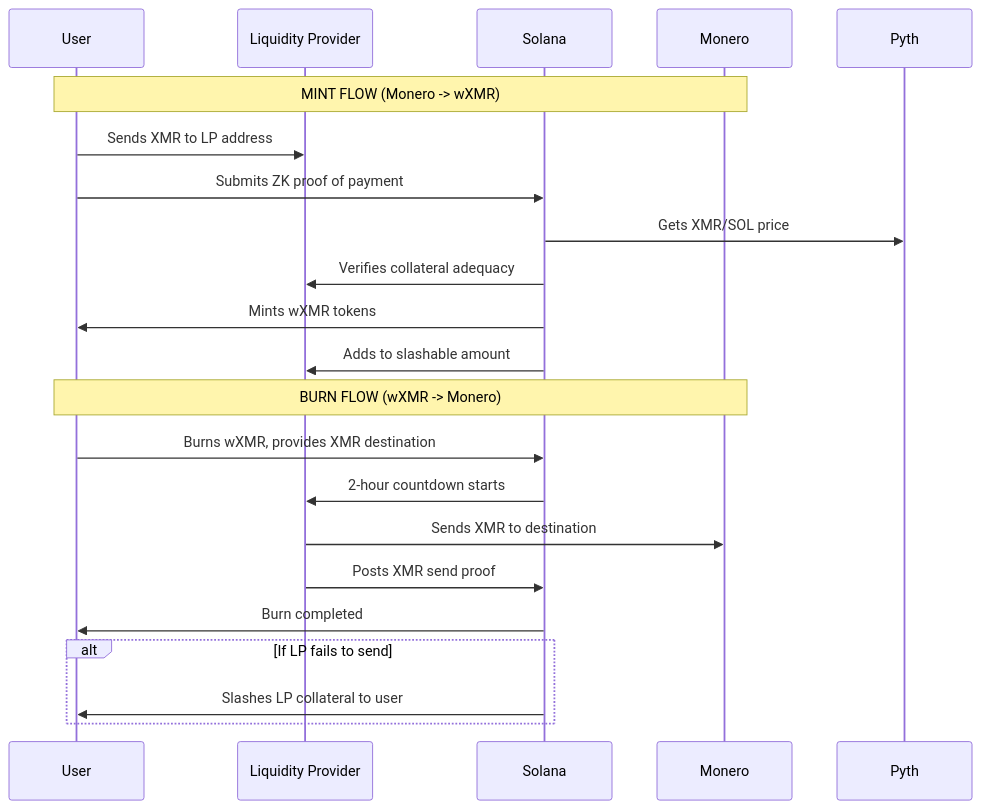
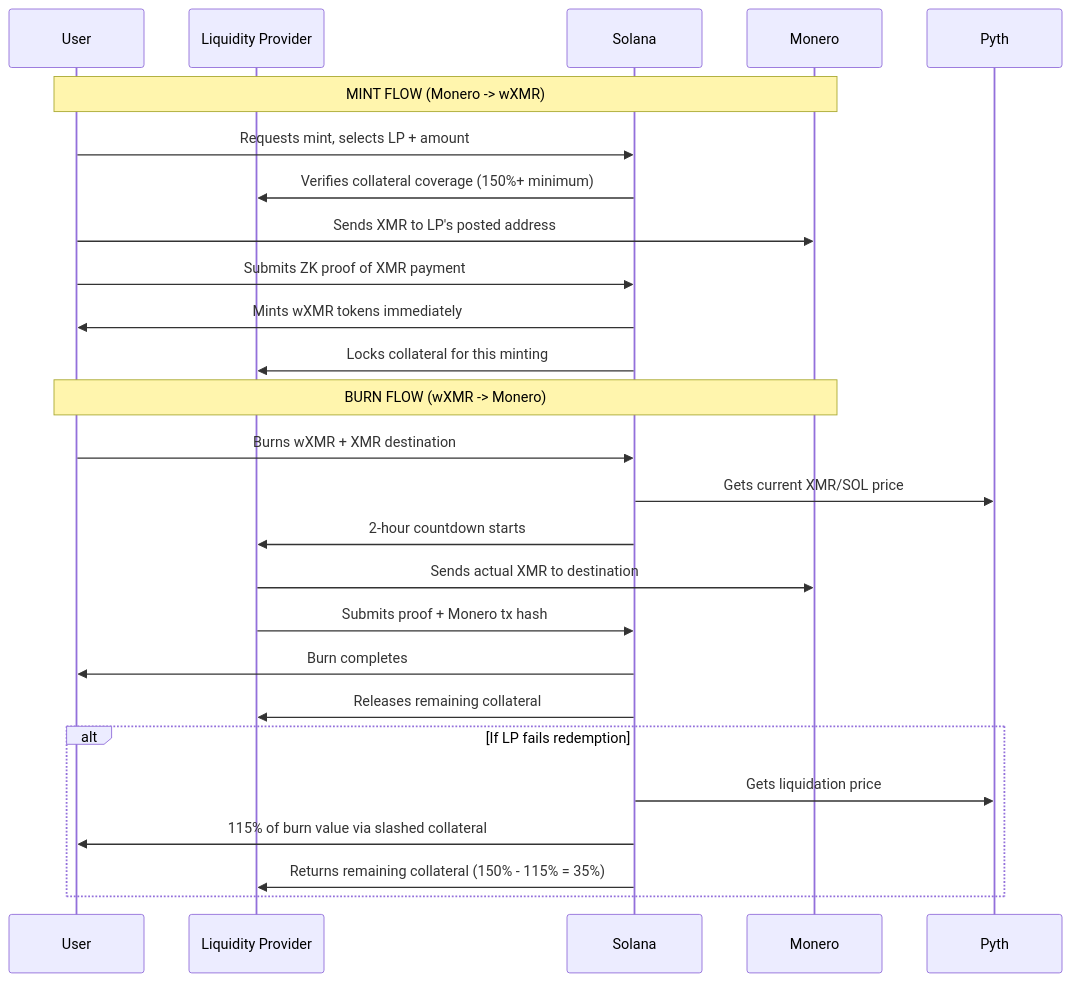
Before and after one commit to madschristensen99/fungerbil: the diagram in SYNTHWRAP.md, drawn with Mermaid.

Commit message:
Fix synthwrap diagram with collateral verification and liquidation specs
- Collateral verification check occurs at mint start
- 115% liquidation yield via Pyth oracle pricing
- Remaining 35% collateral returned to LP post-slashing
- Accurate LPRegistry selection mechanism documented

````diff
--- a/SYNTHWRAP.md
+++ b/SYNTHWRAP.md
@@ -34,27 +34,31 @@
 ```mermaid
 sequenceDiagram
     participant User
     participant LP as Liquidity Provider
     participant Solana
     participant Monero
     participant Pyth
 
     Note over User,Monero: MINT FLOW (Monero -> wXMR)
-    User->>LP: Sends XMR to LP address
-    User->>Solana: Submits ZK proof of payment
-    Solana->>Pyth: Gets XMR/SOL price
-    Solana->>LP: Verifies collateral adequacy
-    Solana->>User: Mints wXMR tokens
-    Solana->>LP: Adds to slashable amount
+    User->>Solana: Requests mint, selects LP + amount
+    Solana->>LP: Verifies collateral coverage (150%+ minimum)
+    User->>Monero: Sends XMR to LP's posted address
+    User->>Solana: Submits ZK proof of XMR payment
+    Solana->>User: Mints wXMR tokens immediately
+    Solana->>LP: Locks collateral for this minting
 
     Note over User,Monero: BURN FLOW (wXMR -> Monero)
-    User->>Solana: Burns wXMR, provides XMR destination
+    User->>Solana: Burns wXMR + XMR destination
+    Solana->>Pyth: Gets current XMR/SOL price
     Solana->>LP: 2-hour countdown starts
-    LP->>Monero: Sends XMR to destination
-    LP->>Solana: Posts XMR send proof
-    Solana->>User: Burn completed
+    LP->>Monero: Sends actual XMR to destination
+    LP->>Solana: Submits proof + Monero tx hash
+    Solana->>User: Burn completes
+    Solana->>LP: Releases remaining collateral
     
-    alt If LP fails to send
-        Solana->>User: Slashes LP collateral to user
+    alt If LP fails redemption
+        Solana->>Pyth: Gets liquidation price
+        Solana->>User: 115% of burn value via slashed collateral
+        Solana->>LP: Returns remaining collateral (150% - 115% = 35%)
     end
 ```
````
